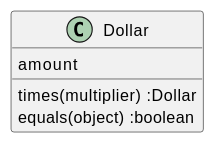
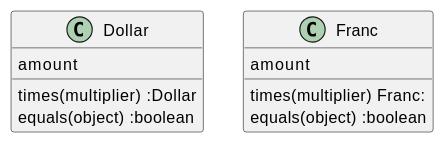
One commit to hiroshima-arc/pragmatic_programing changed the diagram in docs/src/spec/the_money_example.adoc. Above: the diagram before and after it, drawn with PlantUML. The commit also changed other lines of this file and 4 other files, not shown here.

```diff
--- a/docs/src/spec/the_money_example.adoc
+++ b/docs/src/spec/the_money_example.adoc
@@ -54,8 +54,14 @@
 [plantuml]
 ----
 class Dollar {
   amount
   times(multiplier) :Dollar
   equals(object) :boolean
 }
+
+class Franc {
+  amount
+  times(multiplier) Franc:
+  equals(object) :boolean
+}
 ----
```
